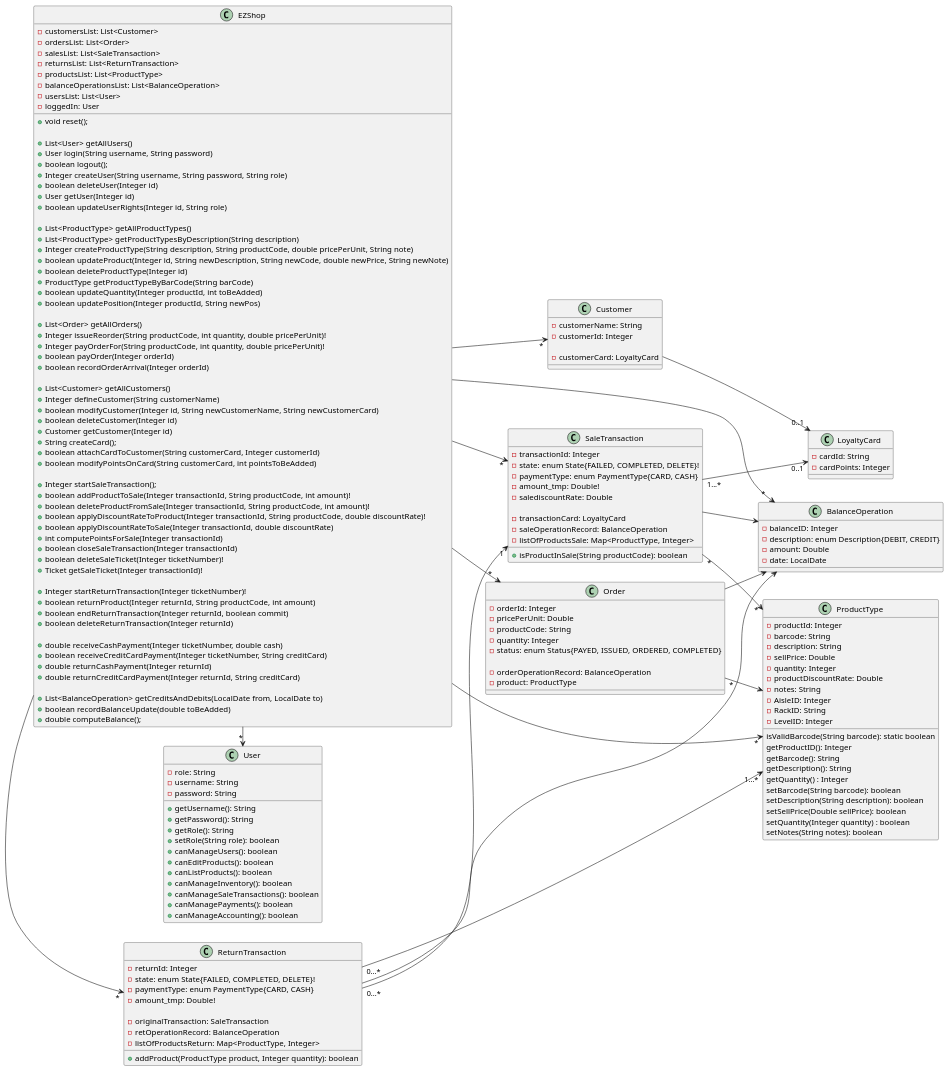
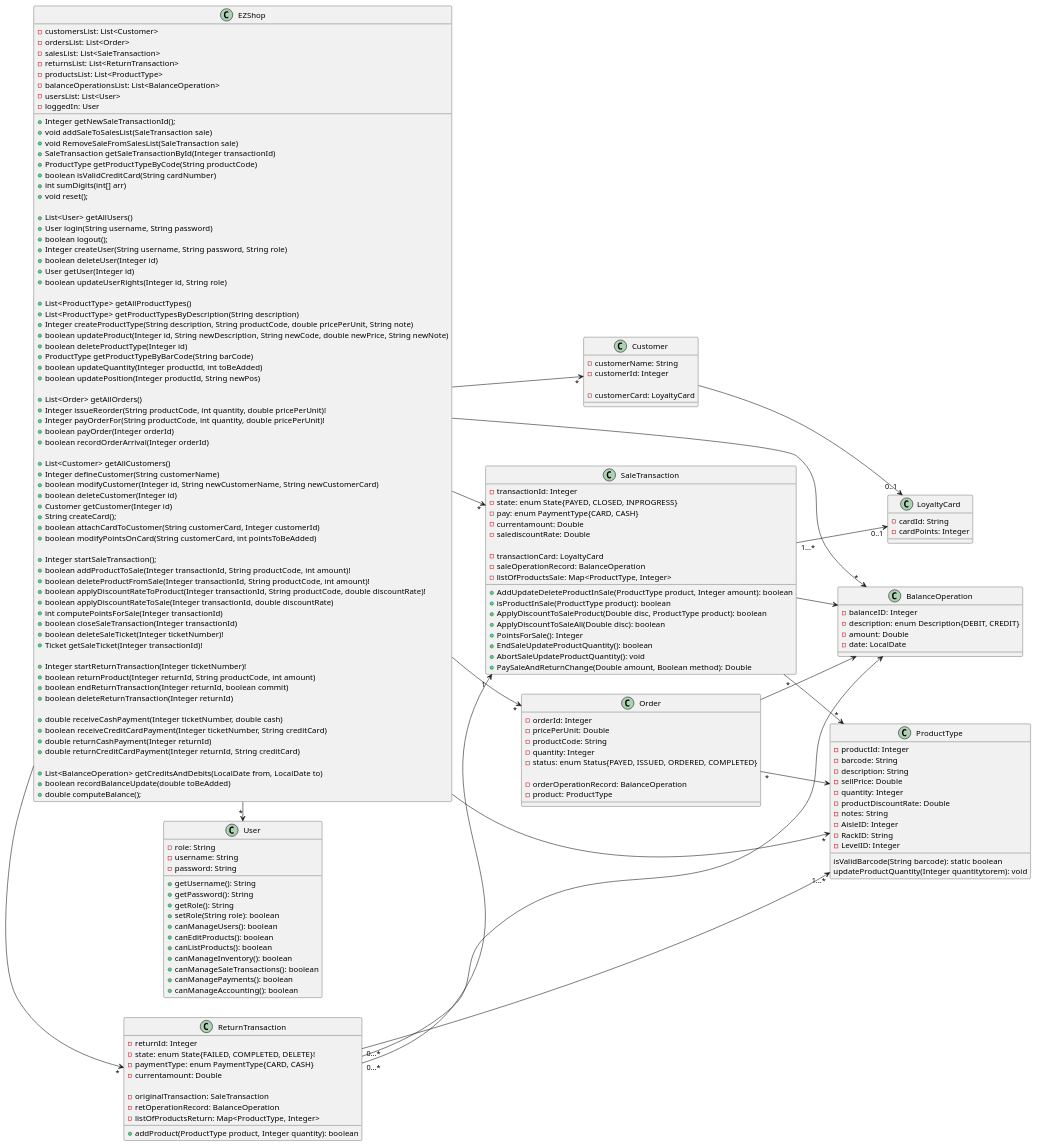
One commit to gioele-scaletta/EZShop-Software-Engineering-Project changed the first of 15 diagrams in Deliverables/DesignDocument.md. Above: the diagram before and after it, drawn with PlantUML. The commit also changed other lines of this file and 3 other files, not shown here.

Commit message:
UC_6_seq_diagram

```diff
--- a/Deliverables/DesignDocument.md
+++ b/Deliverables/DesignDocument.md
@@ -51,6 +51,16 @@
     -balanceOperationsList: List<BalanceOperation>
     -usersList: List<User>
     -loggedIn: User
+
+
+    +Integer getNewSaleTransactionId();
+    +void addSaleToSalesList(SaleTransaction sale)
+    +void RemoveSaleFromSalesList(SaleTransaction sale)
+    +SaleTransaction getSaleTransactionById(Integer transactionId)
+    +ProductType getProductTypeByCode(String productCode)
+    +boolean isValidCreditCard(String cardNumber)
+    +int sumDigits(int[] arr)
+
 
     +void reset();
 
@@ -145,15 +155,7 @@
     -LevelID: Integer
 
     isValidBarcode(String barcode): static boolean
-    getProductID(): Integer
-    getBarcode(): String
-    getDescription(): String
-    getQuantity() : Integer
-    setBarcode(String barcode): boolean
-    setDescription(String description): boolean
-    setSellPrice(Double sellPrice): boolean
-    setQuantity(Integer quantity) : boolean
-    setNotes(String notes): boolean
+    updateProductQuantity(Integer quantitytorem): void
 }
 
 
@@ -179,16 +181,23 @@
 
 class SaleTransaction {
     -transactionId: Integer
-    -state: enum State{FAILED, COMPLETED, DELETE}!
-    -paymentType: enum PaymentType{CARD, CASH}
-    -amount_tmp: Double!
+    -state: enum State{PAYED, CLOSED, INPROGRESS}
+    -pay: enum PaymentType{CARD, CASH}
+    -currentamount: Double
     -salediscountRate: Double
 
     -transactionCard: LoyaltyCard
     -saleOperationRecord: BalanceOperation
     -listOfProductsSale: Map<ProductType, Integer>
 
-    +isProductInSale(String productCode): boolean
+    +AddUpdateDeleteProductInSale(ProductType product, Integer amount): boolean
+    +isProductInSale(ProductType product): boolean
+    +ApplyDiscountToSaleProduct(Double disc, ProductType product): boolean
+    +ApplyDiscountToSaleAll(Double disc): boolean
+    +PointsForSale(): Integer
+    +EndSaleUpdateProductQuantity(): boolean
+    +AbortSaleUpdateProductQuantity(): void
+    +PaySaleAndReturnChange(Double amount, Boolean method): Double
 }
 
 
@@ -196,7 +205,7 @@
     -returnId: Integer
     -state: enum State{FAILED, COMPLETED, DELETE}!
     -paymentType: enum PaymentType{CARD, CASH}
-    -amount_tmp: Double!
+    -currentamount: Double
 
     -originalTransaction: SaleTransaction
     -retOperationRecord: BalanceOperation
```
